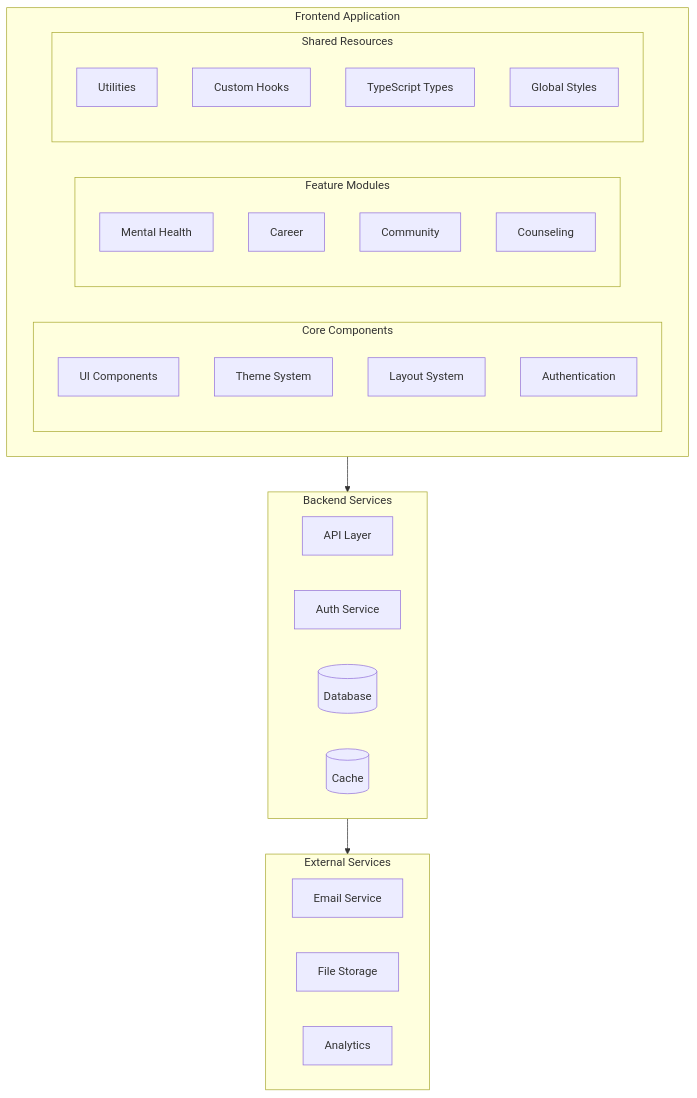
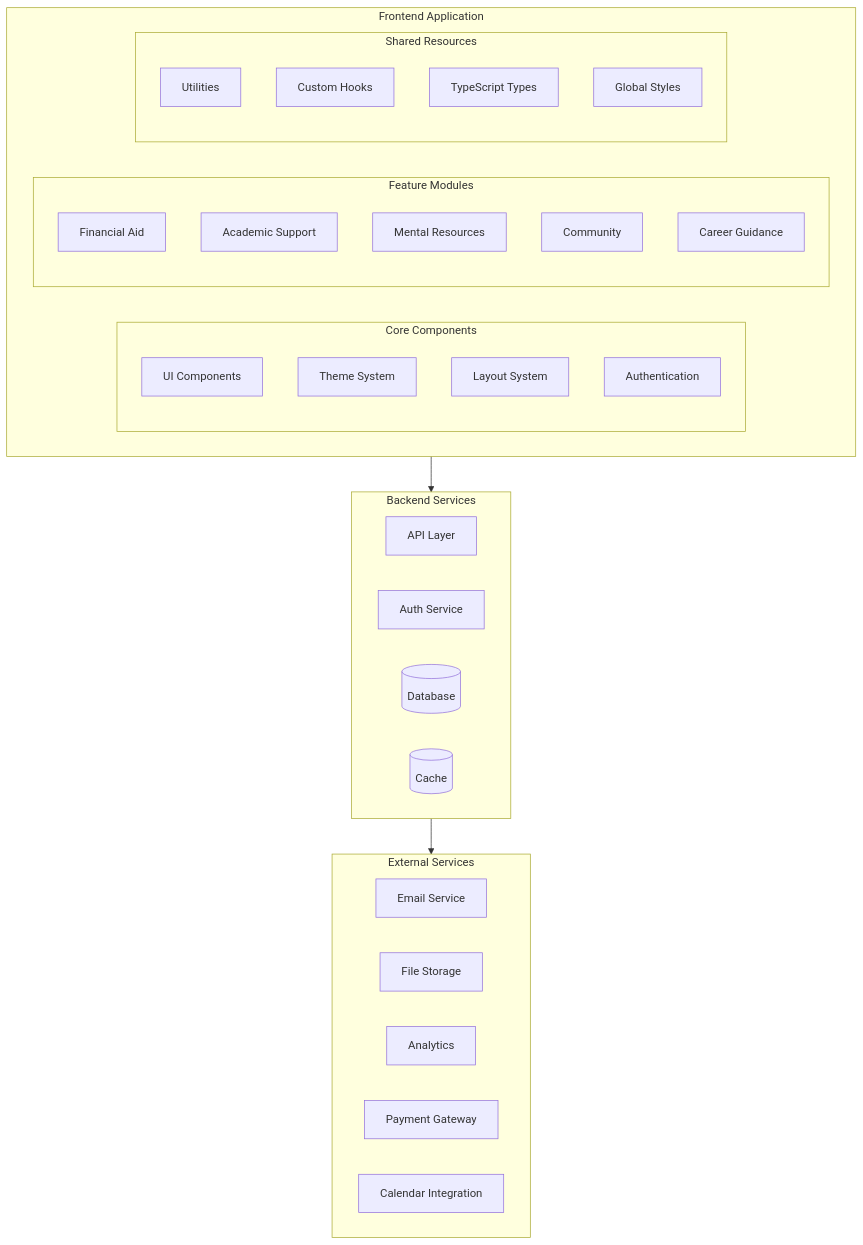
One commit to charankandukuri-52/The-Student-Voice changed the first of 9 diagrams in HLDDiagram.md. Above: the diagram before and after it, drawn with Mermaid. The commit also changed other lines of this file, not shown here.

Commit message:
docs: Update HLD diagram with five main modules - Add Financial Aid module architecture - Add Academic Support module architecture - Add Mental Resources module architecture - Add Community module architecture - Add Career Guidance module architecture - Update technical stack and features

````diff
--- a/HLDDiagram.md
+++ b/HLDDiagram.md
@@ -5,41 +5,44 @@
 ```mermaid
 graph TB
     subgraph Frontend["Frontend Application"]
         subgraph Core["Core Components"]
             UI[UI Components]
             Theme[Theme System]
             Layout[Layout System]
             Auth[Authentication]
         end
 
         subgraph Features["Feature Modules"]
-            MH[Mental Health]
-            Career[Career]
-            Community[Community]
-            Counseling[Counseling]
+            FA[Financial Aid]
+            AS[Academic Support]
+            MR[Mental Resources]
+            CM[Community]
+            CG[Career Guidance]
         end
 
         subgraph Shared["Shared Resources"]
             Utils[Utilities]
             Hooks[Custom Hooks]
             Types[TypeScript Types]
             Styles[Global Styles]
         end
     end
 
     subgraph Backend["Backend Services"]
         API[API Layer]
         AuthService[Auth Service]
         DB[(Database)]
         Cache[(Cache)]
     end
 
     subgraph External["External Services"]
         Email[Email Service]
         Storage[File Storage]
         Analytics[Analytics]
+        Payment[Payment Gateway]
+        Calendar[Calendar Integration]
     end
 
     Frontend --> Backend
     Backend --> External
 ```
````
